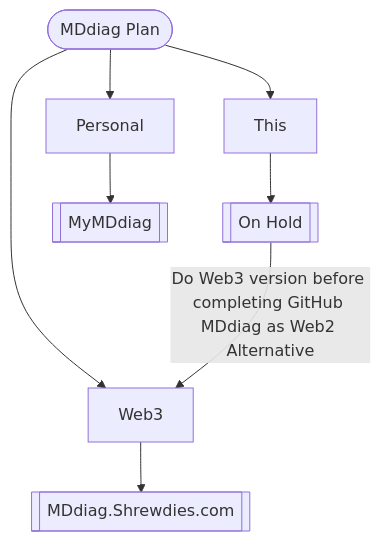
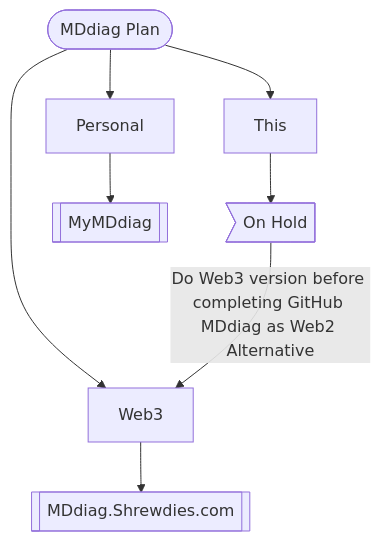
Before and after one commit to kct2020/mddiag: the diagram in mddiag-action-plan-240628.md, drawn with Mermaid.

Commit message:
Update Status shape
I'm adopting asymmetric as a status shape. But this is subject to change once I do that documentation stage.

````diff
--- a/mddiag-action-plan-240628.md
+++ b/mddiag-action-plan-240628.md
@@ -3,7 +3,7 @@
 ```mermaid
 flowchart TD
     Diag(["`MDdiag Plan`"]) --> T[This] & P[Personal] & W[Web3]
-    T --> TOH[["`On Hold`"]] --"`Do Web3 version before completing GitHub MDdiag as Web2 Alternative`"-->W
+    T --> TOH>"`On Hold`"] --"`Do Web3 version before completing GitHub MDdiag as Web2 Alternative`"-->W
     P --> PM[["`MyMDdiag`"]]
     W --> WM[["`MDdiag.Shrewdies.com`"]]
 ```
````
